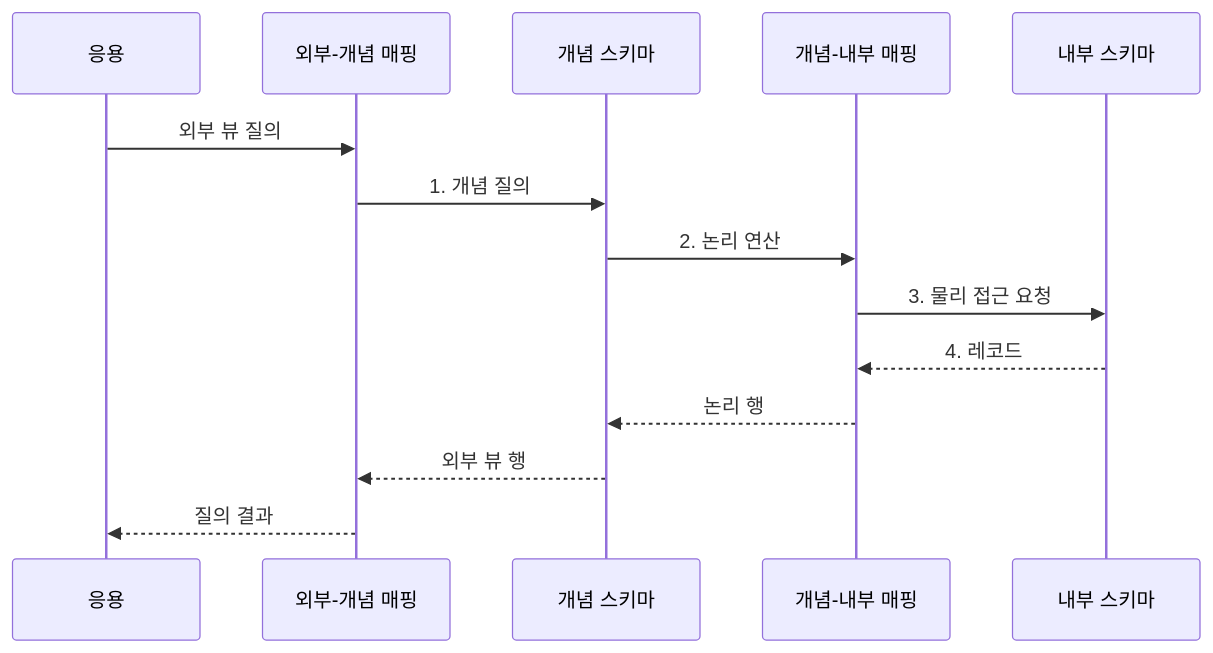
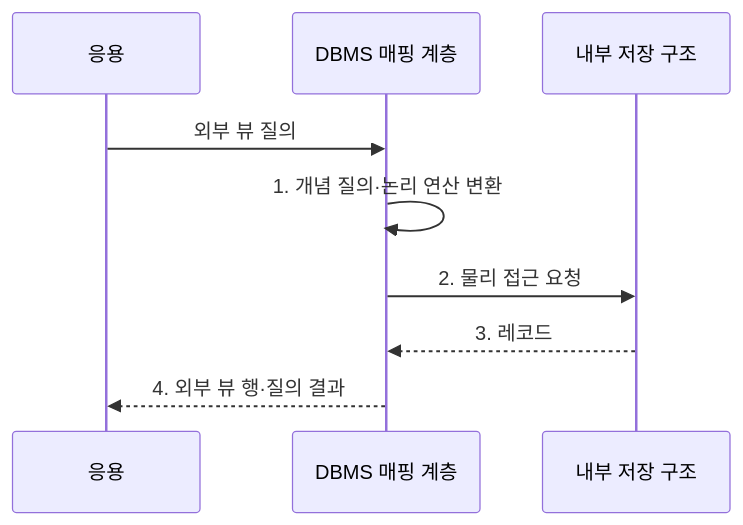
One commit to agnusdei1207/knowledge-base changed the second of 2 diagrams in src/content/docs/notes/03-software/111_data_independence.md. Above: the diagram before and after it, drawn with Mermaid. The commit also changed other lines of this file and 5 other files, not shown here.

Commit message:
Focus data platform diagrams

````diff
--- a/src/content/docs/notes/03-software/111_data_independence.md
+++ b/src/content/docs/notes/03-software/111_data_independence.md
@@ -96,16 +96,11 @@
 ```mermaid
 sequenceDiagram
     participant A as 응용
-    participant E as 외부-개념 매핑
-    participant C as 개념 스키마
-    participant I as 개념-내부 매핑
-    participant S as 내부 스키마
-    A->>E: 외부 뷰 질의
-    E->>C: 1. 개념 질의
-    C->>I: 2. 논리 연산
-    I->>S: 3. 물리 접근 요청
-    S-->>I: 4. 레코드
-    I-->>C: 논리 행
-    C-->>E: 외부 뷰 행
-    E-->>A: 질의 결과
+    participant D as DBMS 매핑 계층
+    participant S as 내부 저장 구조
+    A->>D: 외부 뷰 질의
+    D->>D: 1. 개념 질의·논리 연산 변환
+    D->>S: 2. 물리 접근 요청
+    S-->>D: 3. 레코드
+    D-->>A: 4. 외부 뷰 행·질의 결과
 ```
````
